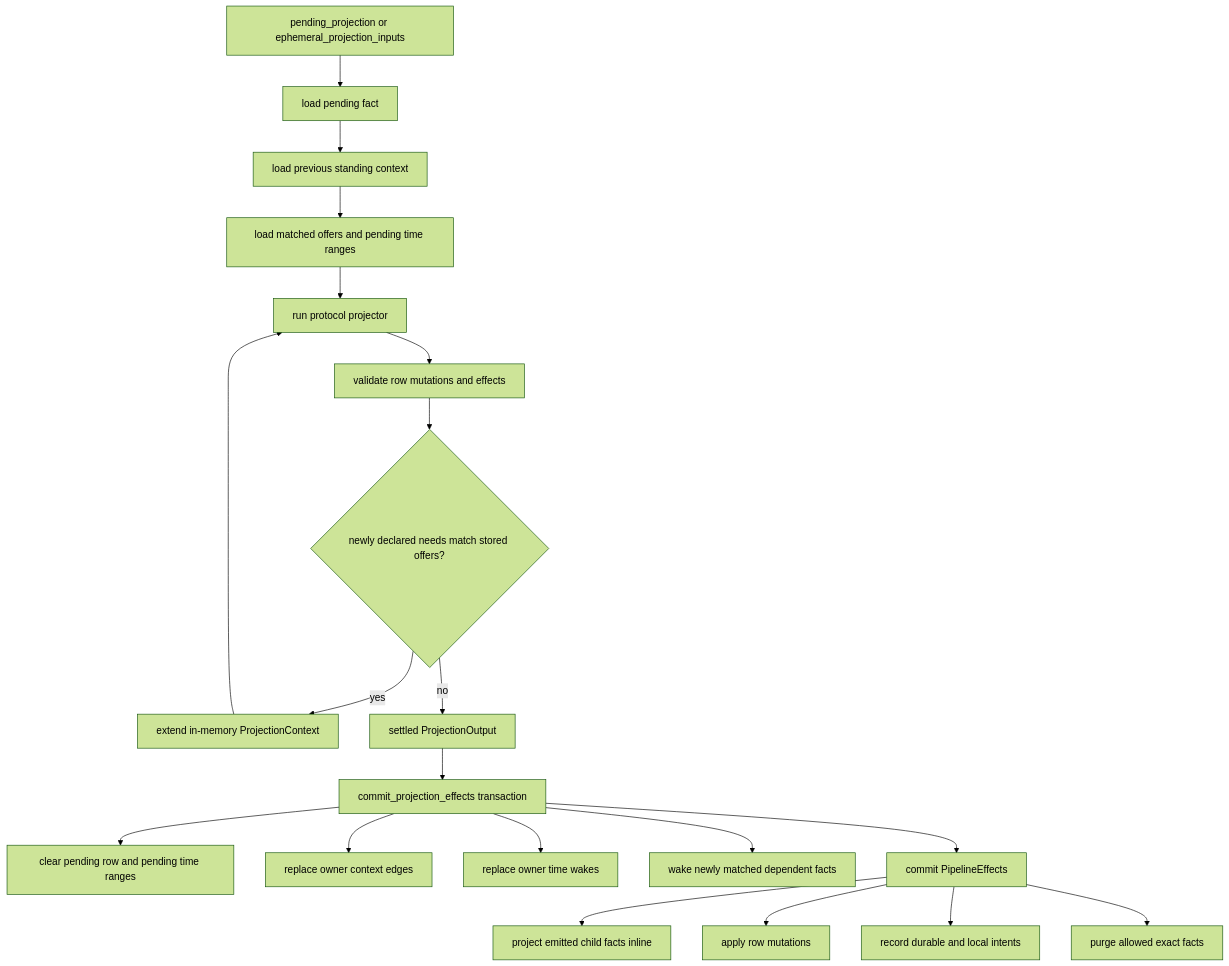
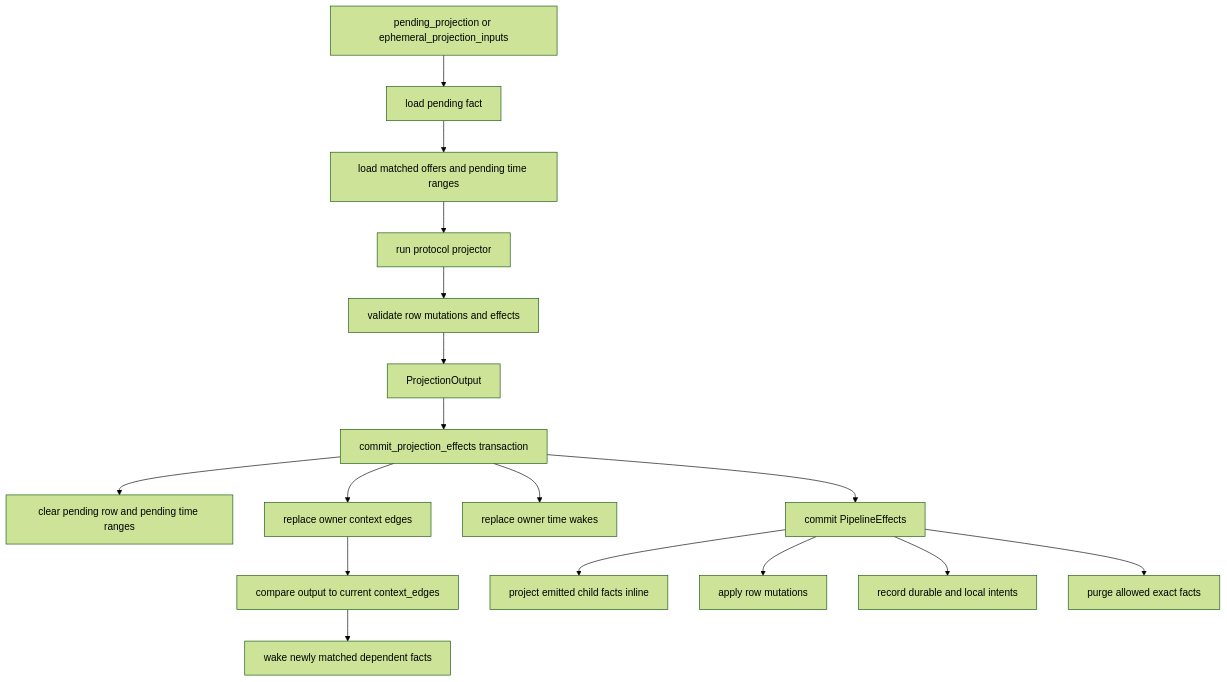
The first of 5 diagrams in ARCHITECTURE_DIAGRAMS_ALT.md (holmesworcester/poc-10), drawn with Mermaid (forest theme) before and after one commit. The commit also changed 1 other file, not shown here.

Commit message:
Simplify projection context commit flow

````diff
--- a/ARCHITECTURE_DIAGRAMS_ALT.md
+++ b/ARCHITECTURE_DIAGRAMS_ALT.md
@@ -15,25 +15,22 @@
 ```mermaid
 %%{init: {"flowchart": {"wrappingWidth": 300}} }%%
 flowchart TD
     PENDING["pending_projection or ephemeral_projection_inputs"] --> LOAD["load pending fact"]
-    LOAD --> PREVIOUS["load previous standing context"]
-    PREVIOUS --> MATCHED["load matched offers and pending time ranges"]
+    LOAD --> MATCHED["load matched offers and pending time ranges"]
     MATCHED --> RUN["run protocol projector"]
     RUN --> VALIDATE["validate row mutations and effects"]
-    VALIDATE --> FIXED_POINT{"newly declared needs match stored offers?"}
-    FIXED_POINT -- yes --> EXTEND["extend in-memory ProjectionContext"]
-    EXTEND --> RUN
-    FIXED_POINT -- no --> OUTPUT["settled ProjectionOutput"]
+    VALIDATE --> OUTPUT["ProjectionOutput"]
 
     OUTPUT --> COMMIT["commit_projection_effects transaction"]
     COMMIT --> CLEAR["clear pending row and pending time ranges"]
     COMMIT --> REPLACE_CONTEXT["replace owner context edges"]
+    REPLACE_CONTEXT --> DELTA["compare output to current context_edges"]
     COMMIT --> REPLACE_WAKES["replace owner time wakes"]
-    COMMIT --> WAKE["wake newly matched dependent facts"]
+    DELTA --> WAKE["wake newly matched dependent facts"]
     COMMIT --> EFFECTS["commit PipelineEffects"]
 
     EFFECTS --> CHILD_FACTS["project emitted child facts inline"]
     EFFECTS --> ROWS["apply row mutations"]
     EFFECTS --> INTENTS["record durable and local intents"]
     EFFECTS --> PURGES["purge allowed exact facts"]
 ```
````
